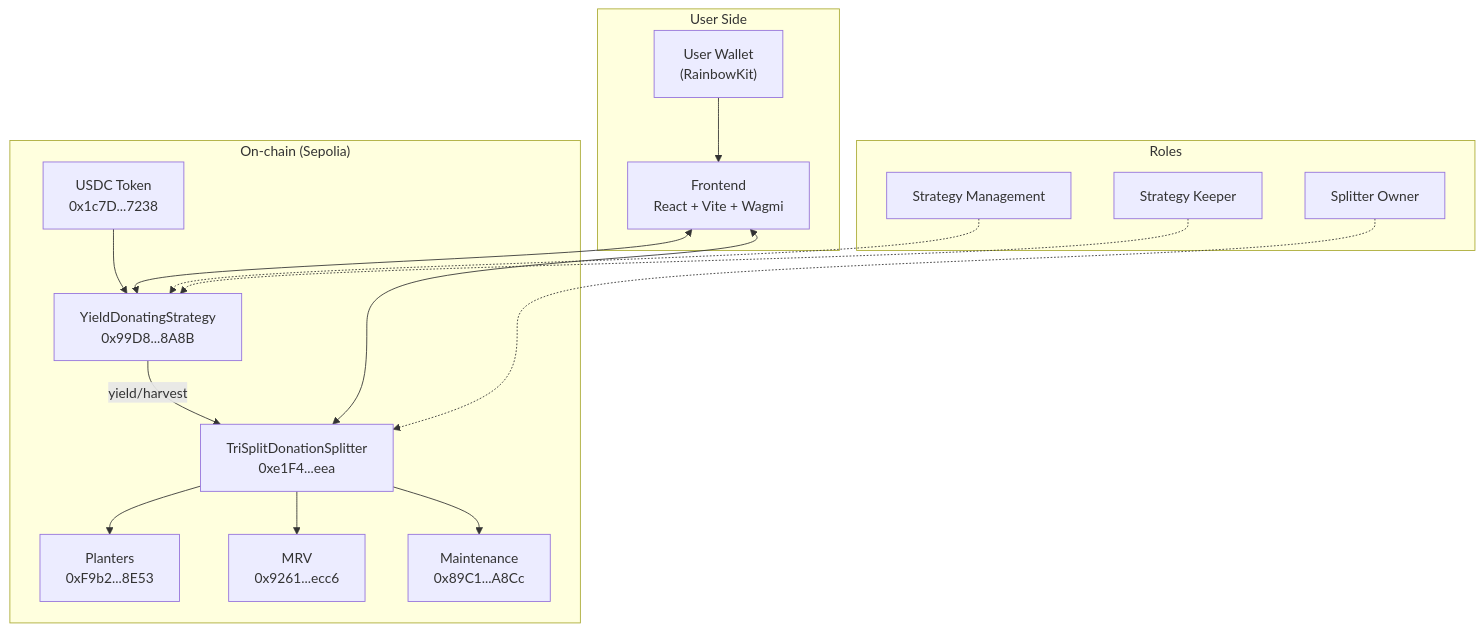
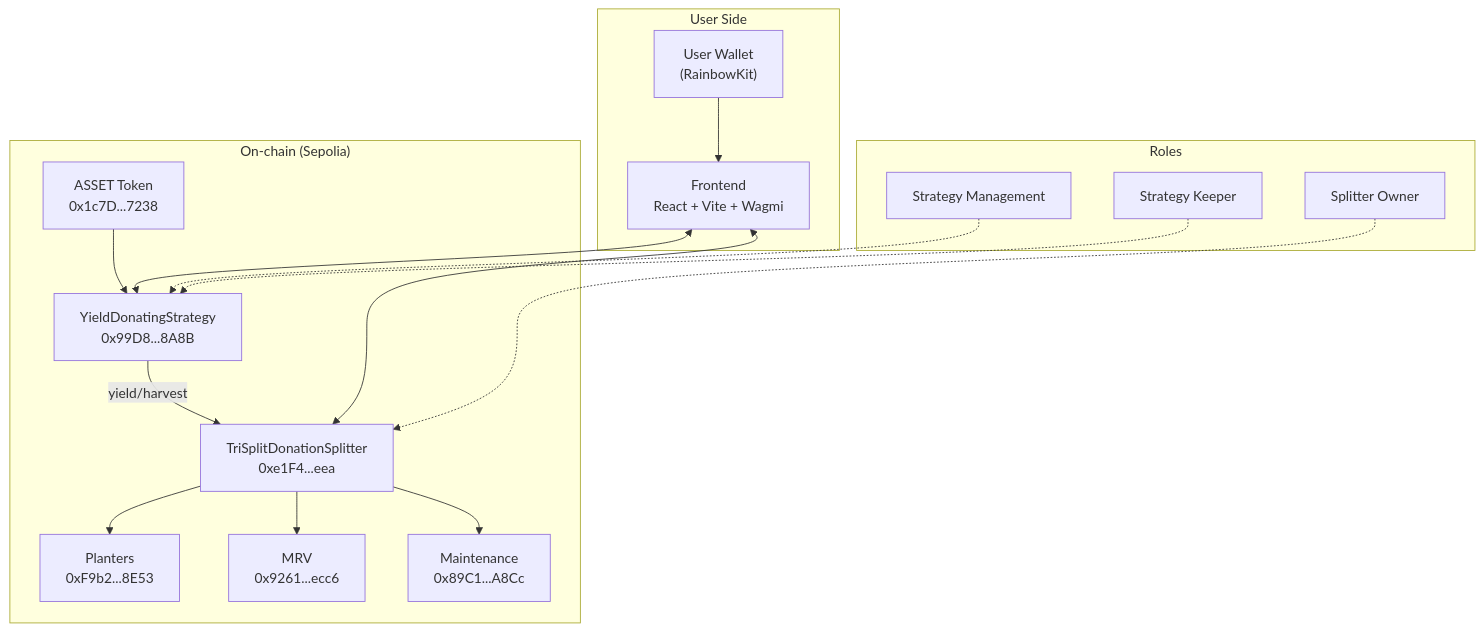
One commit to N-45div/CanopySplit changed the diagram in README.md. Above: the diagram before and after it, drawn with Mermaid. The commit also changed other lines of this file and 3616 other files, not shown here.

````diff
--- a/README.md
+++ b/README.md
@@ -27,33 +27,33 @@
 ```mermaid
 flowchart TD
     subgraph UserSide["User Side"]
         U["User Wallet<br/>(RainbowKit)"]
         FE["Frontend<br/>React + Vite + Wagmi"]
         U --> FE
     end
 
     subgraph OnChain["On-chain (Sepolia)"]
-        USDC["USDC Token<br/>0x1c7D...7238"]
+        ASSET["ASSET Token<br/>0x1c7D...7238"]
         STR["YieldDonatingStrategy<br/>0x99D8...8A8B"]
         SPL["TriSplitDonationSplitter<br/>0xe1F4...eea"]
 
-        USDC --> STR
+        ASSET --> STR
         STR -- "yield/harvest" --> SPL
         SPL --> P["Planters<br/>0xF9b2...8E53"]
         SPL --> M["MRV<br/>0x9261...ecc6"]
         SPL --> MA["Maintenance<br/>0x89C1...A8Cc"]
     end
 
     FE <--> STR
     FE <--> SPL
 
     subgraph Roles
         MGMT["Strategy Management"]
         KP["Strategy Keeper"]
         OWN["Splitter Owner"]
     end
 
     MGMT -.-> STR
     KP -.-> STR
     OWN -.-> SPL
 ```
````
